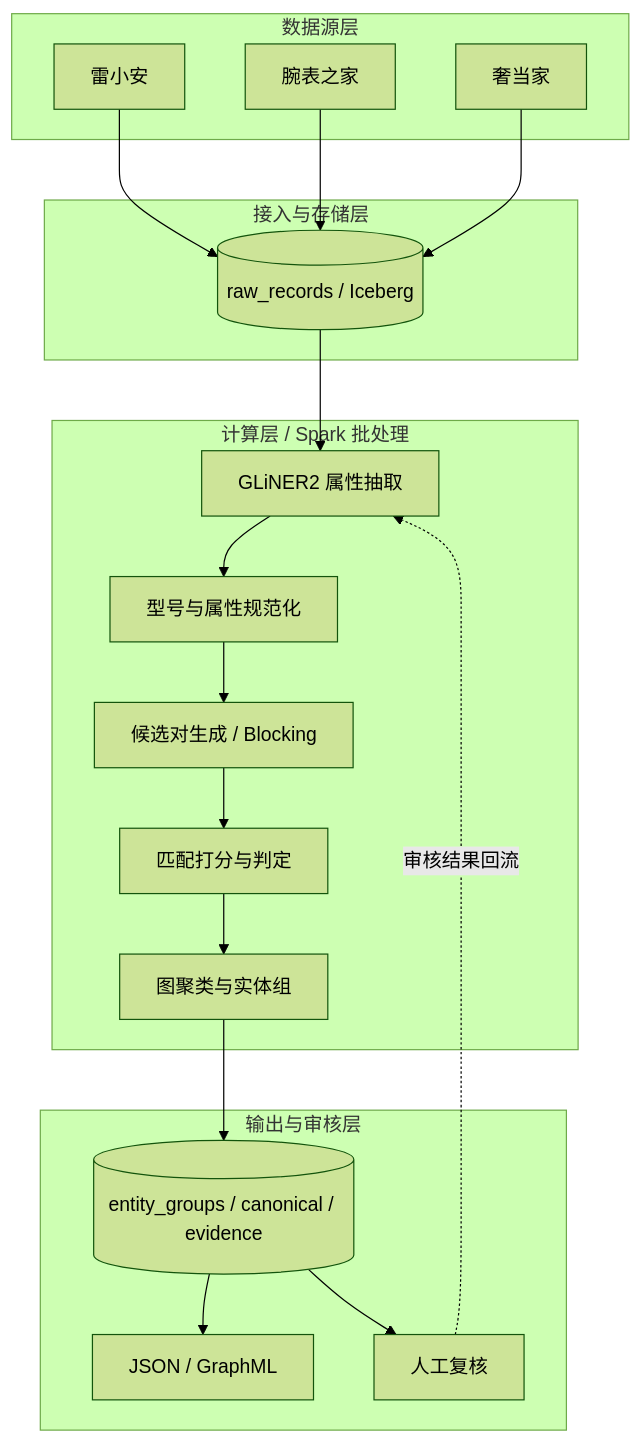
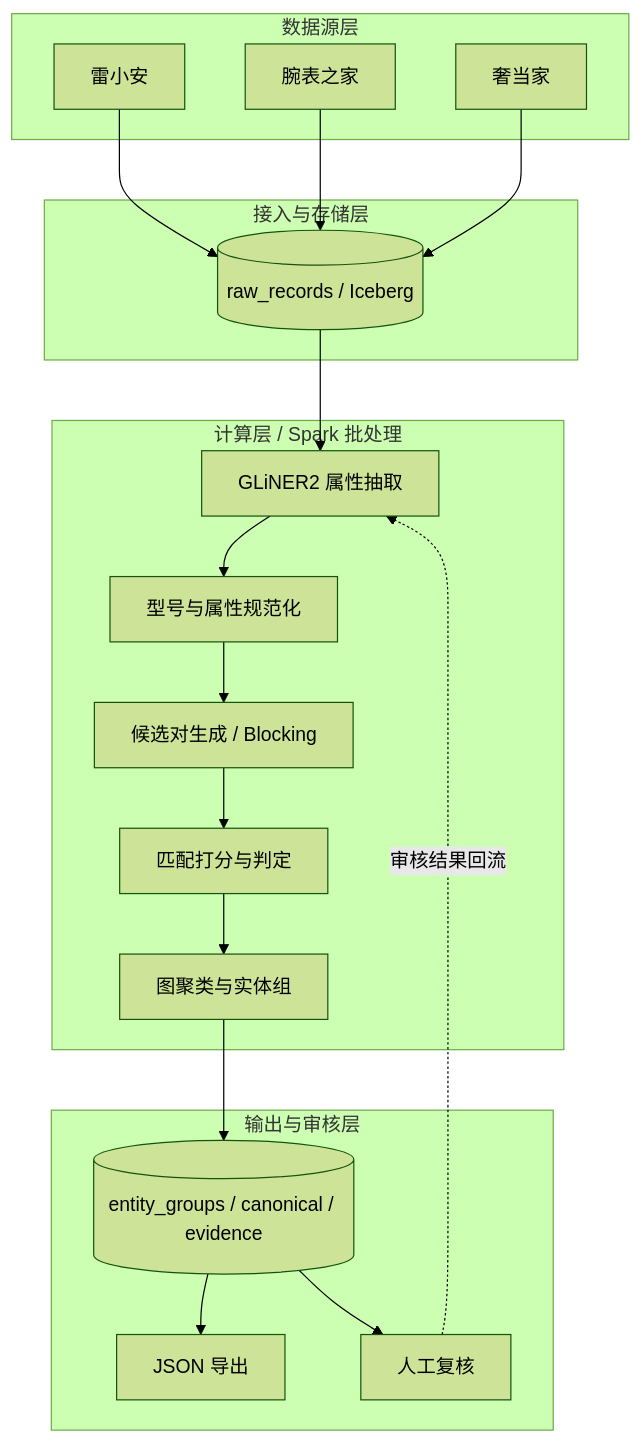
Before and after one commit to WorkerXu/my-doc: the first of 2 diagrams in 多来源商品数据合并系统设计.md, drawn with Mermaid (forest theme). The commit also changed other lines of this file, not shown here.

Commit message:
移除 GraphML，输出改为结构化表与 JSON

````diff
--- a/多来源商品数据合并系统设计.md
+++ b/多来源商品数据合并系统设计.md
@@ -48,39 +48,39 @@
 ```mermaid
 flowchart TB
     subgraph SRC["数据源层"]
         A[雷小安]
         B[腕表之家]
         C[奢当家]
     end
 
     subgraph INGEST["接入与存储层"]
         T1[(raw_records / Iceberg)]
     end
 
     subgraph COMPUTE["计算层 / Spark 批处理"]
         N1[GLiNER2 属性抽取]
         N2[型号与属性规范化]
         N3[候选对生成 / Blocking]
         N4[匹配打分与判定]
         N5[图聚类与实体组]
     end
 
     subgraph OUTPUT["输出与审核层"]
         O1[(entity_groups / canonical / evidence)]
-        O2[JSON / GraphML]
+        O2[JSON 导出]
         O3[人工复核]
     end
 
     A --> T1
     B --> T1
     C --> T1
     T1 --> N1
     N1 --> N2
     N2 --> N3
     N3 --> N4
     N4 --> N5
     N5 --> O1
     O1 --> O2
     O1 --> O3
     O3 -. 审核结果回流 .-> N1
 ```
````
